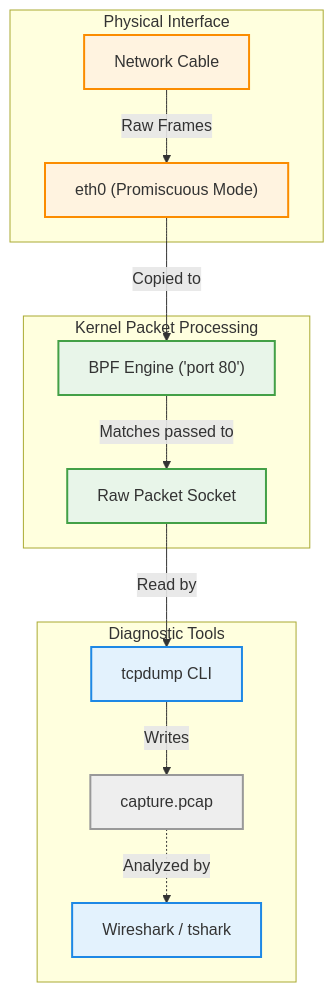
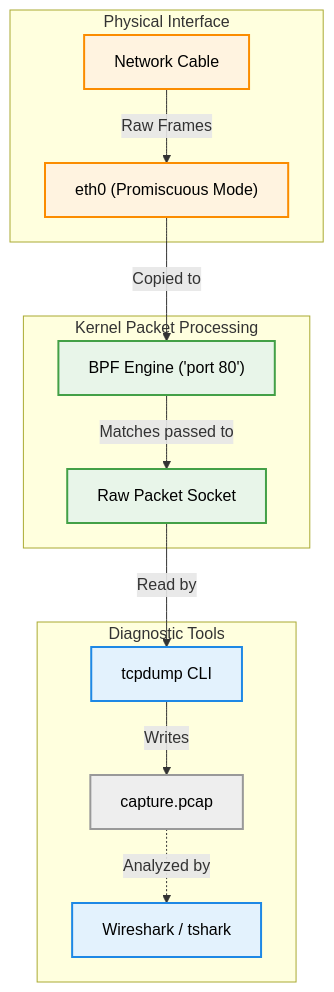
The diagram in courses/platform-engineering/modules/module-04/lesson-06.md (aloysiuspattath/platform-engineering-ai-course), drawn with Mermaid before and after one commit. The commit also changed 53 other files, not shown here.

Commit message:
fix: enforce high-contrast black text on mermaid diagram fills for dark mode readability

````diff
--- a/courses/platform-engineering/modules/module-04/lesson-06.md
+++ b/courses/platform-engineering/modules/module-04/lesson-06.md
@@ -94,30 +94,30 @@
 ```mermaid
 flowchart TD
-    classDef userSpace fill:#e3f2fd,stroke:#1e88e5,stroke-width:2px;
-    classDef kernelSpace fill:#e8f5e9,stroke:#43a047,stroke-width:2px;
-    classDef hardware fill:#fff3e0,stroke:#fb8c00,stroke-width:2px;
-    classDef file fill:#eeeeee,stroke:#999999,stroke-width:2px;
+    classDef userSpace fill:#e3f2fd,stroke:#1e88e5,stroke-width:2px,color:#000000;
+    classDef kernelSpace fill:#e8f5e9,stroke:#43a047,stroke-width:2px,color:#000000;
+    classDef hardware fill:#fff3e0,stroke:#fb8c00,stroke-width:2px,color:#000000;
+    classDef file fill:#eeeeee,stroke:#999999,stroke-width:2px,color:#000000;
 
     subgraph UserSpace [Diagnostic Tools]
         TCPDUMP["tcpdump CLI"]:::userSpace
         WIRESHARK["Wireshark / tshark"]:::userSpace
         FILE["capture.pcap"]:::file
     end
 
     subgraph KernelSpace [Kernel Packet Processing]
         BPF["BPF Engine ('port 80')"]:::kernelSpace
         SOCK["Raw Packet Socket"]:::kernelSpace
     end
 
     subgraph Hardware [Physical Interface]
         ETH0["eth0 (Promiscuous Mode)"]:::hardware
         WIRE["Network Cable"]:::hardware
     end
 
     WIRE -->|Raw Frames| ETH0
     ETH0 -->|Copied to| BPF
     BPF -->|Matches passed to| SOCK
     SOCK -->|Read by| TCPDUMP
     TCPDUMP -->|Writes| FILE
     FILE -.->|Analyzed by| WIRESHARK
 ```
````
